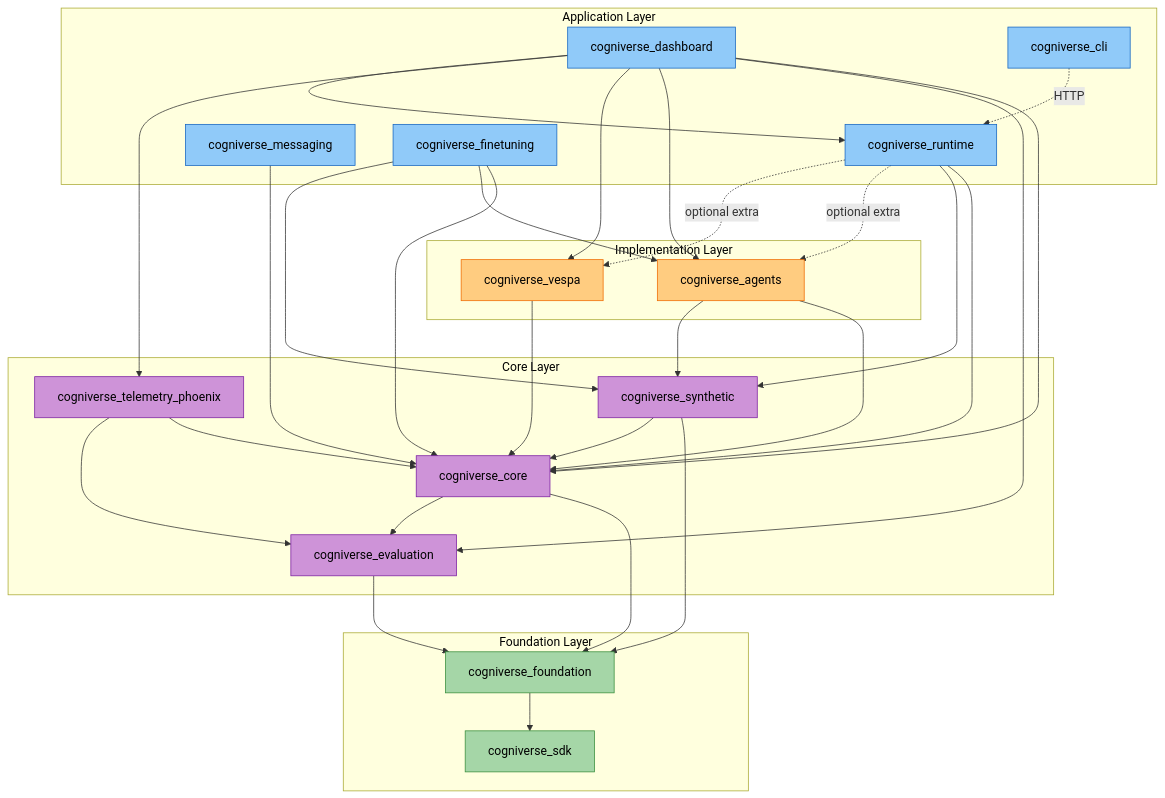
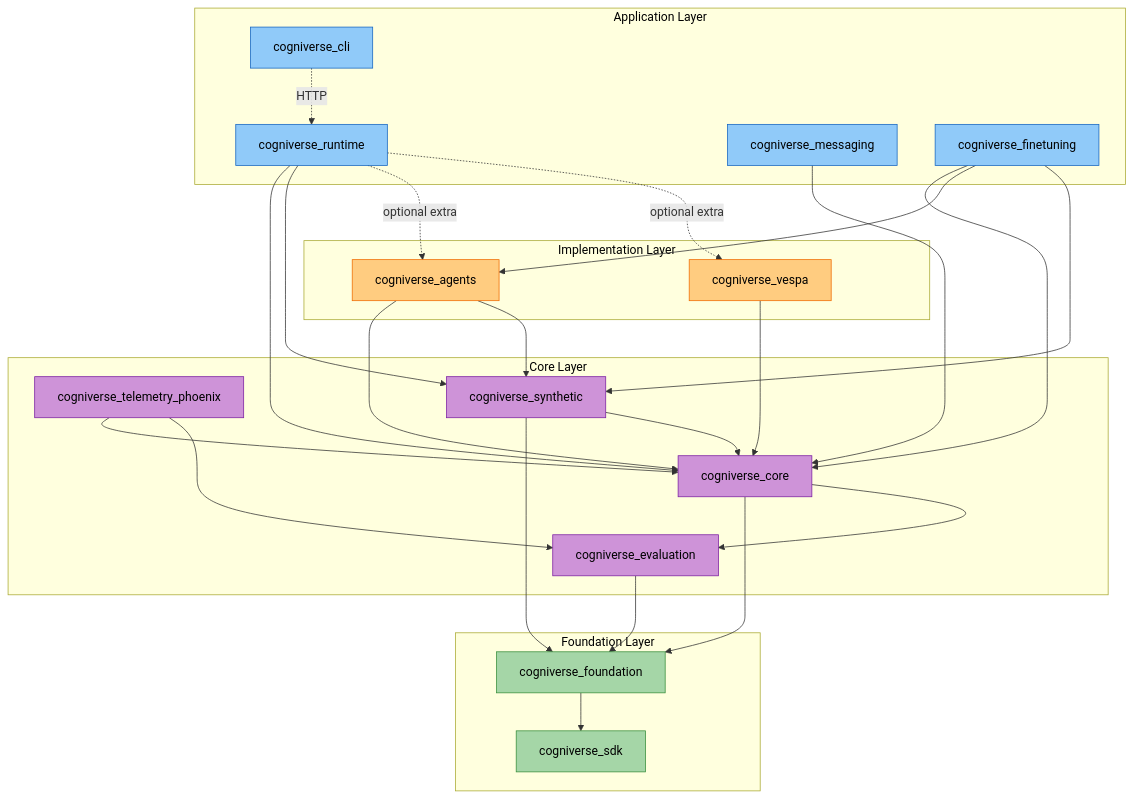
The second of 26 diagrams in docs/diagrams/sdk-architecture-diagrams.md (amit-jain/cogniverse), drawn with Mermaid before and after one commit. The commit also changed other lines of this file and 241 other files, not shown here.

````diff
--- a/docs/diagrams/sdk-architecture-diagrams.md
+++ b/docs/diagrams/sdk-architecture-diagrams.md
@@ -107,82 +99,74 @@
 ```mermaid
 flowchart TB
     subgraph FoundationLayer["<span style='color:#000'>Foundation Layer</span>"]
         SDK["<span style='color:#000'>cogniverse_sdk</span>"]
         FoundationPkg["<span style='color:#000'>cogniverse_foundation</span>"]
     end
 
     subgraph CoreLayer["<span style='color:#000'>Core Layer</span>"]
         Core["<span style='color:#000'>cogniverse_core</span>"]
         Evaluation["<span style='color:#000'>cogniverse_evaluation</span>"]
         Phoenix["<span style='color:#000'>cogniverse_telemetry_phoenix</span>"]
         Synthetic["<span style='color:#000'>cogniverse_synthetic</span>"]
     end
 
     subgraph ImplLayer["<span style='color:#000'>Implementation Layer</span>"]
         Agents["<span style='color:#000'>cogniverse_agents</span>"]
         Vespa["<span style='color:#000'>cogniverse_vespa</span>"]
     end
 
     subgraph AppLayer["<span style='color:#000'>Application Layer</span>"]
         Runtime["<span style='color:#000'>cogniverse_runtime</span>"]
-        Dashboard["<span style='color:#000'>cogniverse_dashboard</span>"]
         Messaging["<span style='color:#000'>cogniverse_messaging</span>"]
         Finetuning["<span style='color:#000'>cogniverse_finetuning</span>"]
         Cli["<span style='color:#000'>cogniverse_cli</span>"]
     end
 
     %% Foundation dependencies
     FoundationPkg --> SDK
 
     %% Core to Foundation
     Core --> FoundationPkg
     Core --> Evaluation
     Evaluation --> FoundationPkg
     Phoenix --> Core
     Phoenix --> Evaluation
     Synthetic --> FoundationPkg
     Synthetic --> Core
 
     %% Implementation to Core
     Agents --> Core
     Agents --> Synthetic
     Vespa --> Core
 
     %% Application to Implementation/Core
     Runtime --> Core
     Runtime --> Synthetic
     Runtime -.->|optional extra| Agents
     Runtime -.->|optional extra| Vespa
-    Dashboard --> Core
-    Dashboard --> Evaluation
-    Dashboard --> Agents
-    Dashboard --> Vespa
-    Dashboard --> Phoenix
-    Dashboard --> Runtime
     Messaging --> Core
     Finetuning --> Core
     Finetuning --> Agents
     Finetuning --> Synthetic
     Cli -.->|HTTP| Runtime
 
     %% Foundation Layer (green)
     style SDK fill:#a5d6a7,stroke:#388e3c,color:#000
     style FoundationPkg fill:#a5d6a7,stroke:#388e3c,color:#000
 
     %% Core Layer (purple)
     style Core fill:#ce93d8,stroke:#7b1fa2,color:#000
     style Evaluation fill:#ce93d8,stroke:#7b1fa2,color:#000
     style Phoenix fill:#ce93d8,stroke:#7b1fa2,color:#000
     style Synthetic fill:#ce93d8,stroke:#7b1fa2,color:#000
 
     %% Implementation Layer (orange)
     style Agents fill:#ffcc80,stroke:#ef6c00,color:#000
     style Vespa fill:#ffcc80,stroke:#ef6c00,color:#000
 
     %% Application Layer (blue)
     style Runtime fill:#90caf9,stroke:#1565c0,color:#000
-    style Dashboard fill:#90caf9,stroke:#1565c0,color:#000
     style Messaging fill:#90caf9,stroke:#1565c0,color:#000
     style Finetuning fill:#90caf9,stroke:#1565c0,color:#000
     style Cli fill:#90caf9,stroke:#1565c0,color:#000
 ```
````
